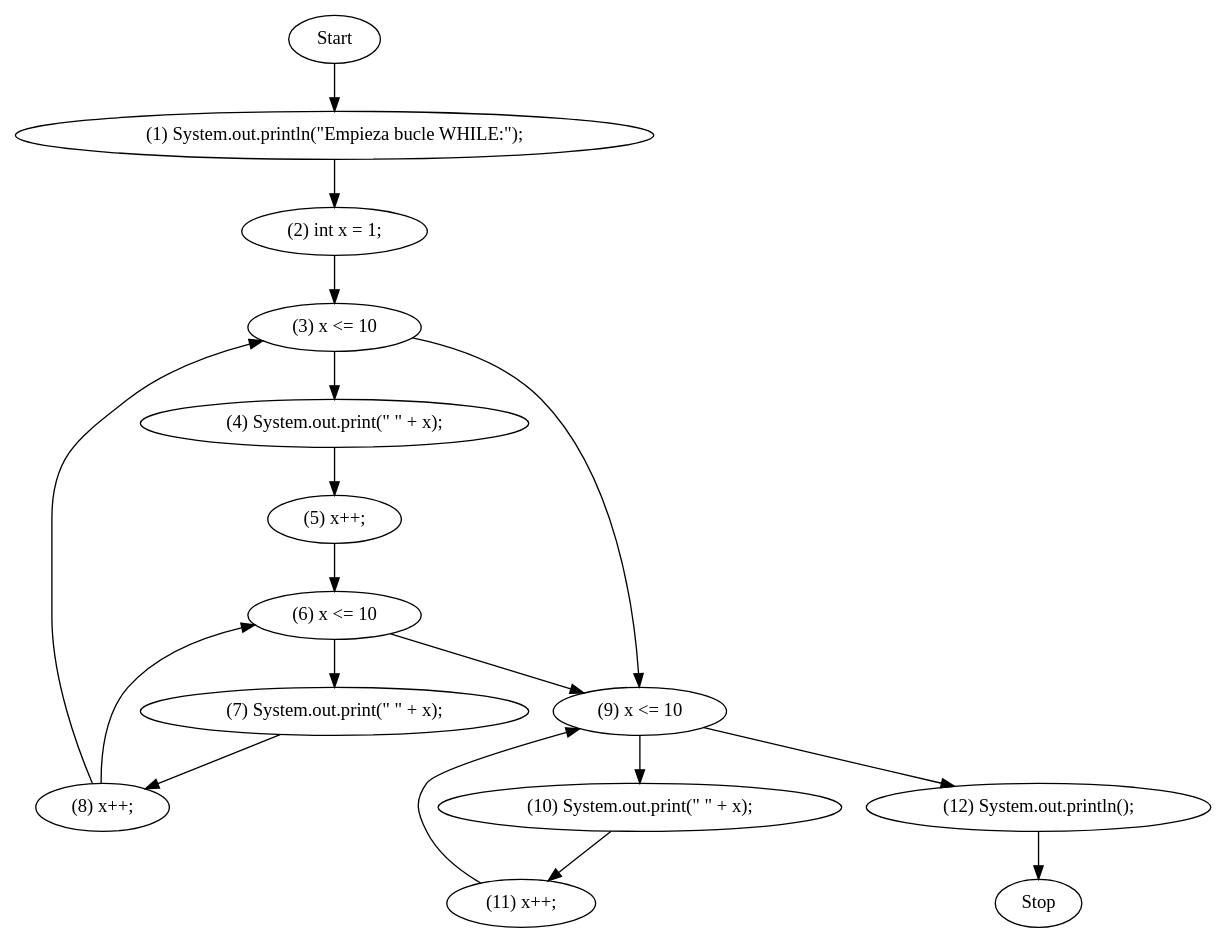
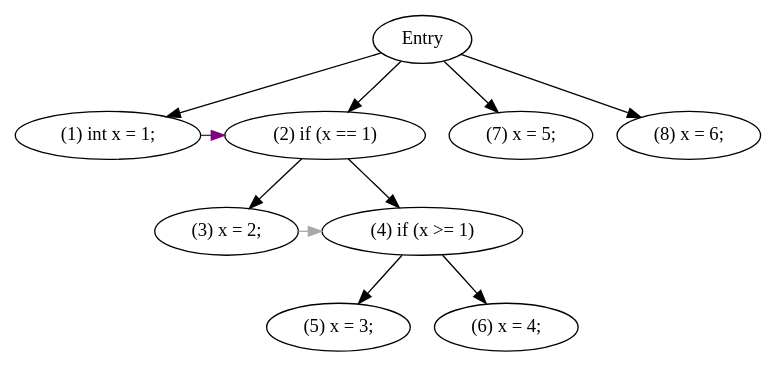
The diagram in 2_ControlFlowGraph/LTD_Proyecto2_Alumnos/dotsource.dot (Starkie/LTD), drawn with Graphviz before and after one commit. The commit also changed 54 other files, not shown here.

```diff
--- a/2_ControlFlowGraph/LTD_Proyecto2_Alumnos/dotsource.dot
+++ b/2_ControlFlowGraph/LTD_Proyecto2_Alumnos/dotsource.dot
@@ -1,2 +1,2 @@
 digraph G {
-Start->"(1) System.out.println(\"Empieza bucle WHILE:\");";"(1) System.out.println(\"Empieza bucle WHILE:\");"->"(2) int x = 1;";"(2) int x = 1;"->"(3) x <= 10";"(3) x <= 10"->"(4) System.out.print(\" \" + x);";"(4) System.out.print(\" \" + x);"->"(5) x++;";"(5) x++;"->"(6) x <= 10";"(6) x <= 10"->"(7) System.out.print(\" \" + x);";"(7) System.out.print(\" \" + x);"->"(8) x++;";"(8) x++;"->"(6) x <= 10";"(8) x++;"->"(3) x <= 10";"(3) x <= 10"->"(9) x <= 10";"(6) x <= 10"->"(9) x <= 10";"(9) x <= 10"->"(10) System.out.print(\" \" + x);";"(10) System.out.print(\" \" + x);"->"(11) x++;";"(11) x++;"->"(9) x <= 10";"(9) x <= 10"->"(12) System.out.println();";"(12) System.out.println();"-> Stop;}
+splines = true;{ rank = same {"(1) int x = 1;","(2) if (x == 1)","(7) x = 5;","(8) x = 6;"}}{ rank = same {"(3) x = 2;","(4) if (x >= 1)"}}{ rank = same {"(5) x = 3;","(6) x = 4;"}}Entry->"(1) int x = 1;";Entry->"(2) if (x == 1)";"(2) if (x == 1)"->"(3) x = 2;";"(2) if (x == 1)"->"(4) if (x >= 1)";"(4) if (x >= 1)"->"(5) x = 3;";"(4) if (x >= 1)"->"(6) x = 4;";Entry->"(7) x = 5;";Entry->"(8) x = 6;";"(1) int x = 1;"->"(2) if (x == 1)"[color= Purple, constraint = false];"(3) x = 2;"->"(4) if (x >= 1)"[color= DarkGray, constraint = false];}
```
